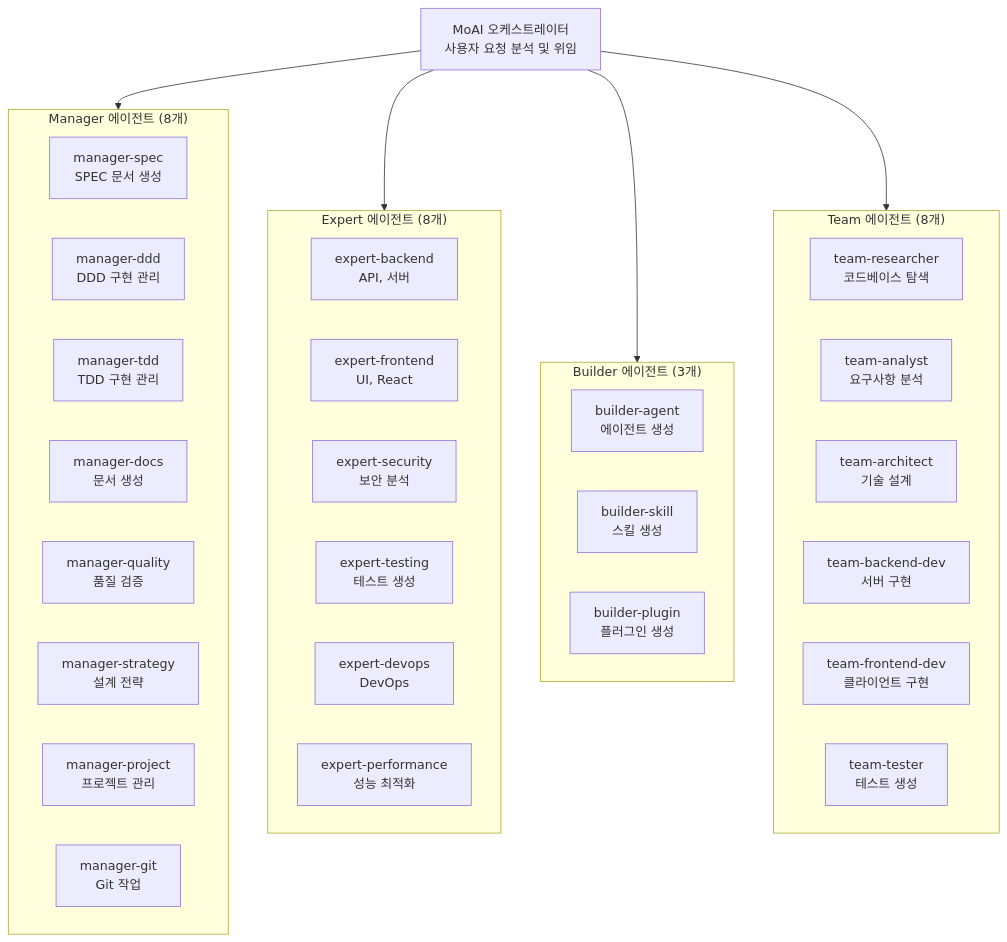
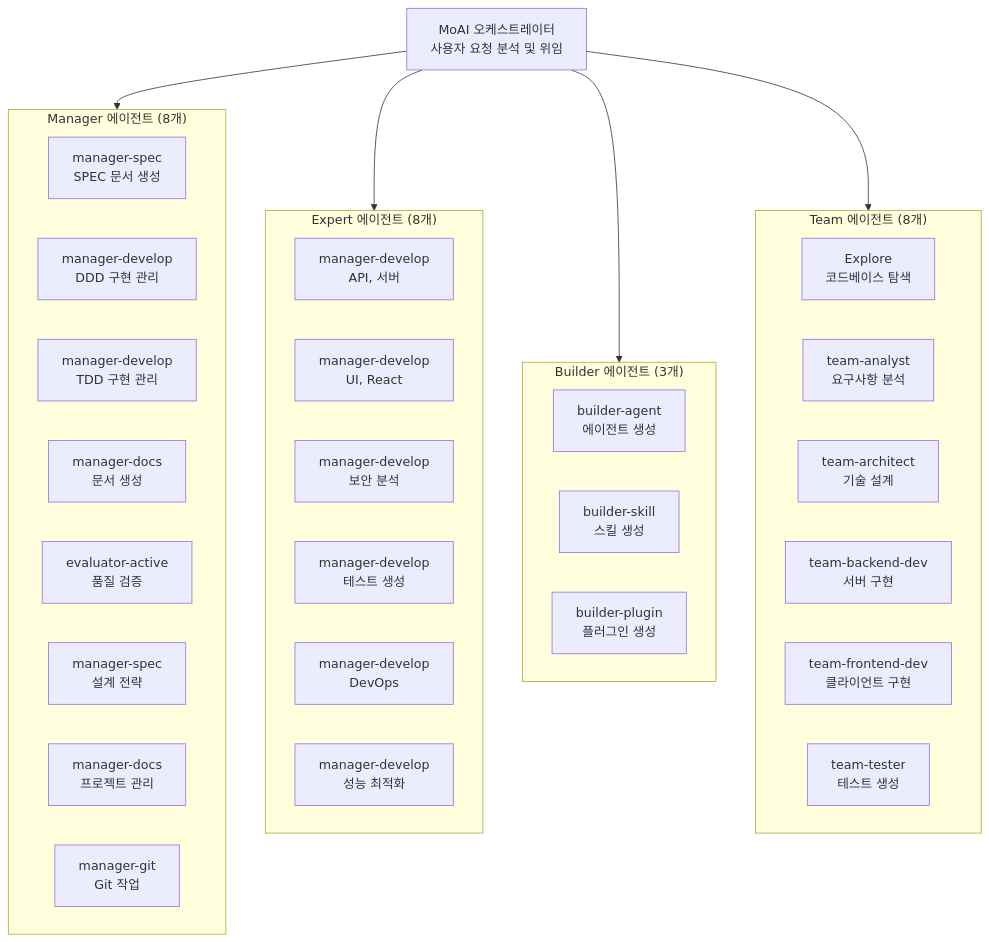
The third of 6 diagrams in docs-site/content/ko/core-concepts/what-is-moai-adk.md (modu-ai/moai-adk), drawn with Mermaid before and after one commit. The commit also changed other lines of this file and 153 other files, not shown here.

````diff
--- a/docs-site/content/ko/core-concepts/what-is-moai-adk.md
+++ b/docs-site/content/ko/core-concepts/what-is-moai-adk.md
@@ -237,44 +237,44 @@
 ```mermaid
 flowchart TD
     MoAI["MoAI 오케스트레이터\n사용자 요청 분석 및 위임"]
 
     subgraph Managers["Manager 에이전트 (8개)"]
         M1["manager-spec\nSPEC 문서 생성"]
-        M2["manager-ddd\nDDD 구현 관리"]
-        M3["manager-tdd\nTDD 구현 관리"]
+        M2["manager-develop\nDDD 구현 관리"]
+        M3["manager-develop\nTDD 구현 관리"]
         M4["manager-docs\n문서 생성"]
-        M5["manager-quality\n품질 검증"]
-        M6["manager-strategy\n설계 전략"]
-        M7["manager-project\n프로젝트 관리"]
+        M5["evaluator-active\n품질 검증"]
+        M6["manager-spec\n설계 전략"]
+        M7["manager-docs\n프로젝트 관리"]
         M8["manager-git\nGit 작업"]
     end
 
     subgraph Experts["Expert 에이전트 (8개)"]
-        E1["expert-backend\nAPI, 서버"]
-        E2["expert-frontend\nUI, React"]
-        E3["expert-security\n보안 분석"]
-        E4["expert-testing\n테스트 생성"]
-        E5["expert-devops\nDevOps"]
-        E6["expert-performance\n성능 최적화"]
+        E1["manager-develop\nAPI, 서버"]
+        E2["manager-develop\nUI, React"]
+        E3["manager-develop\n보안 분석"]
+        E4["manager-develop\n테스트 생성"]
+        E5["manager-develop\nDevOps"]
+        E6["manager-develop\n성능 최적화"]
     end
 
     subgraph Builders["Builder 에이전트 (3개)"]
         B1["builder-agent\n에이전트 생성"]
         B2["builder-skill\n스킬 생성"]
         B3["builder-plugin\n플러그인 생성"]
     end
 
     subgraph Teams["Team 에이전트 (8개)"]
-        T1["team-researcher\n코드베이스 탐색"]
+        T1["Explore\n코드베이스 탐색"]
         T2["team-analyst\n요구사항 분석"]
         T3["team-architect\n기술 설계"]
         T4["team-backend-dev\n서버 구현"]
         T5["team-frontend-dev\n클라이언트 구현"]
         T6["team-tester\n테스트 생성"]
     end
 
     MoAI --> Managers
     MoAI --> Experts
     MoAI --> Builders
     MoAI --> Teams
 ```
````
